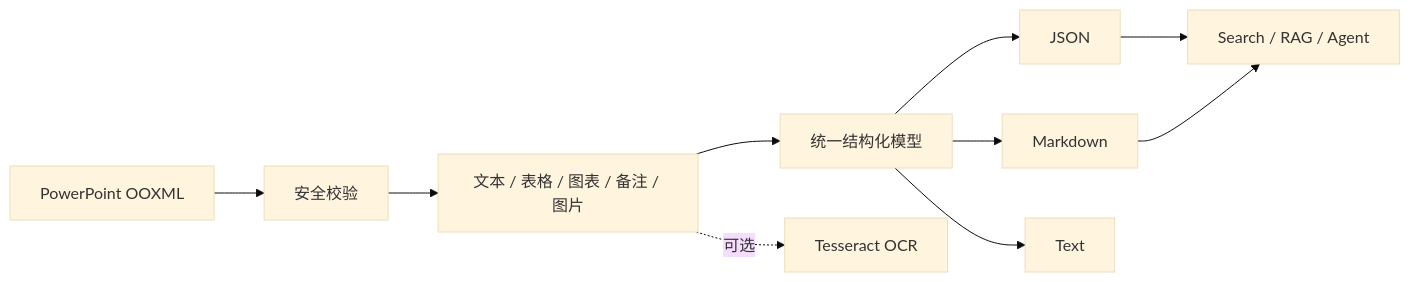
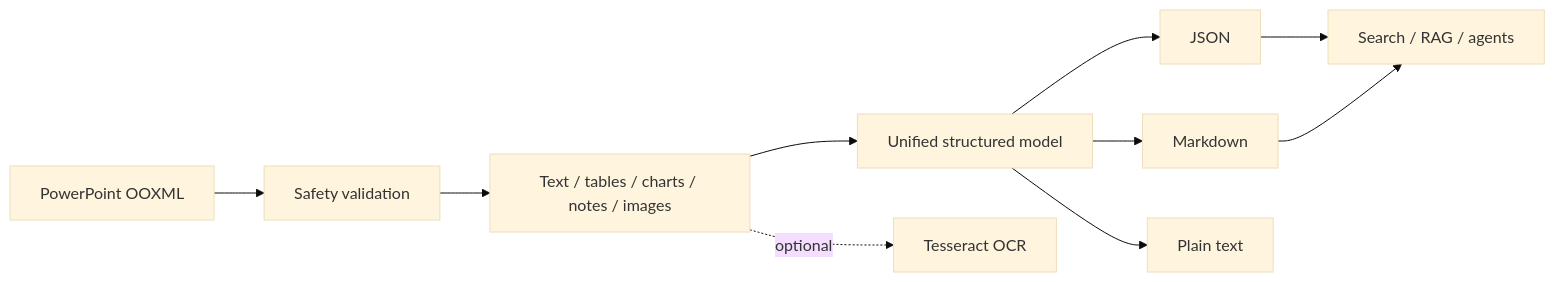
Before and after one commit to BlairCode/pptx_extraction: the diagram in README.md, drawn with Mermaid (base theme). The commit also changed other lines of this file, not shown here.

````diff
--- a/README.md
+++ b/README.md
@@ -41,12 +45,12 @@
 ```mermaid
 flowchart LR
-    A["PowerPoint OOXML"] --> B["安全校验"]
-    B --> C["文本 / 表格 / 图表 / 备注 / 图片"]
-    C --> D["统一结构化模型"]
-    C -. 可选 .-> O["Tesseract OCR"]
+    A["PowerPoint OOXML"] --> B["Safety validation"]
+    B --> C["Text / tables / charts / notes / images"]
+    C --> D["Unified structured model"]
+    C -. optional .-> O["Tesseract OCR"]
     D --> J["JSON"]
     D --> M["Markdown"]
-    D --> T["Text"]
-    J --> R["Search / RAG / Agent"]
+    D --> T["Plain text"]
+    J --> R["Search / RAG / agents"]
     M --> R
 ```
````
